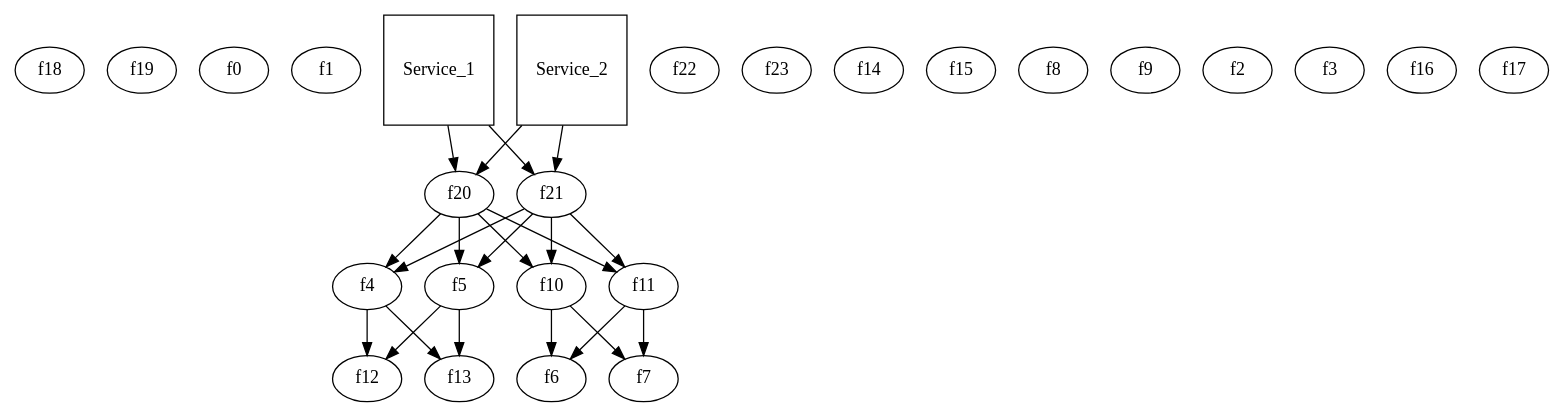
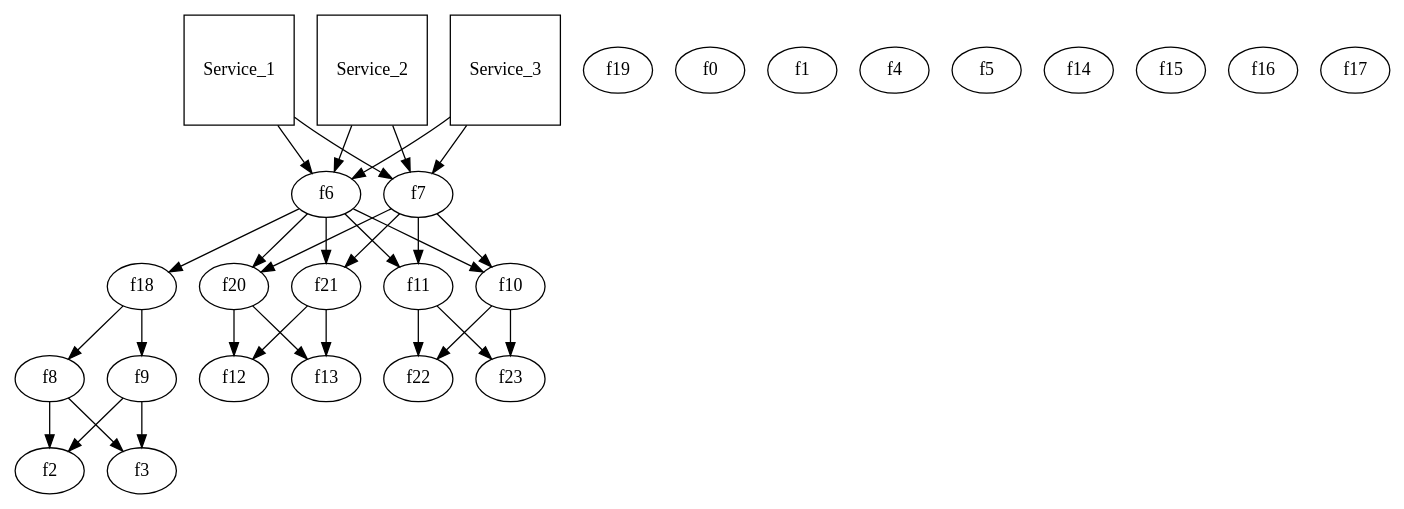
Before and after one commit to pcoppens/chaos-re: the diagram in runDs.dot, drawn with Graphviz. The commit also changed 9 other files, not shown here.

```diff
--- a/runDs.dot
+++ b/runDs.dot
@@ -1,20 +1,23 @@
 digraph System{
 	f18 ; 	f19 ; 
 	f0 ; 	f1 ; 
 	f4 ; 	f5 ; 
 	f22 ; 	f23 ; 
 	f10 ; 	f11 ; 
 	f14 ; 	f15 ; 
 	f20 ; 	f21 ; 
 	f8 ; 	f9 ; 
 	f12 ; 	f13 ; 
 	f2 ; 	f3 ; 
 	f6 ; 	f7 ; 
 	f16 ; 	f17 ; 
 Service_1[shape=square];
- Service_1->f20; Service_1->f21; f20 -> f4 -> f12;
-f20 ->f5; f21 ->f5; f21 ->f4; f4 ->f13; f5 ->f13; f5 ->f12; 
+ Service_1->f6; Service_1->f7; f6 -> f10 -> f22;
+f6 ->f11; f7 ->f11; f7 ->f10; f10 ->f23; f11 ->f23; f11 ->f22; 
 Service_2[shape=square];
- Service_2->f20; Service_2->f21; f20 -> f10 -> f6;
-f20 ->f11; f21 ->f11; f21 ->f10; f10 ->f7; f11 ->f7; f11 ->f6; 
+ Service_2->f6; Service_2->f7; f6 -> f20 -> f12;
+f6 ->f21; f7 ->f21; f7 ->f20; f20 ->f13; f21 ->f13; f21 ->f12; 
+Service_3[shape=square];
+ Service_3->f6; Service_3->f7; f6 -> f18 -> f8 -> f2;
+f18 ->f9; f8 ->f3; f9 ->f3; f9 ->f2; 
 }
```
